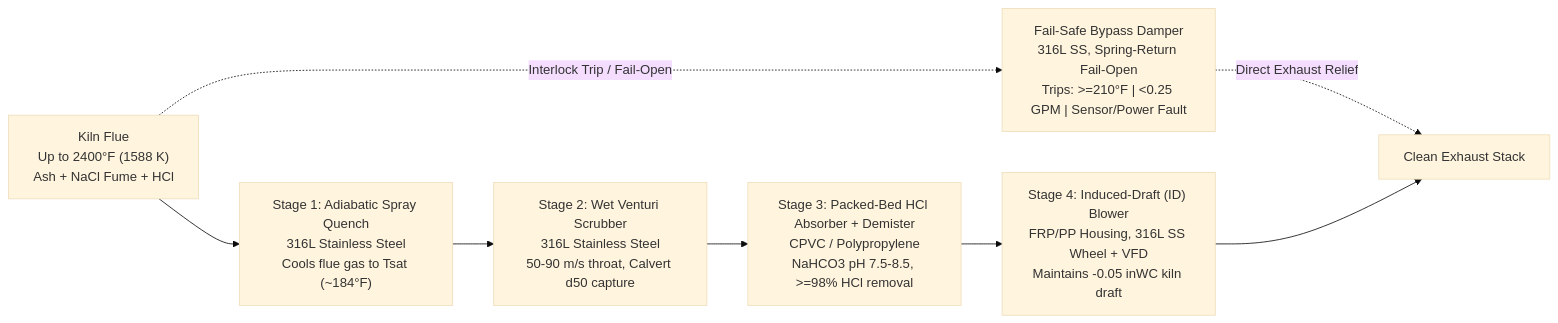
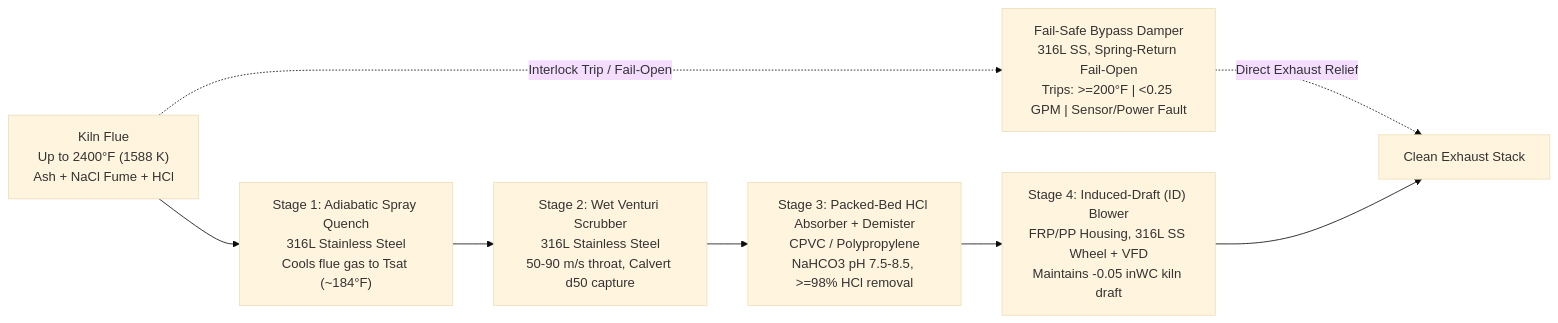
Before and after one commit to AaronFilson/kilnscrub: the diagram in README.md, drawn with Mermaid (base theme). The commit also changed other lines of this file and 91 other files, not shown here.

````diff
--- a/README.md
+++ b/README.md
@@ -40,15 +40,15 @@
 ```mermaid
 flowchart LR
     K["Kiln Flue<br/>Up to 2400°F (1588 K)<br/>Ash + NaCl Fume + HCl"]
-    BYP["Fail-Safe Bypass Damper<br/>316L SS, Spring-Return Fail-Open<br/>Trips: >=210°F | <0.25 GPM | Sensor/Power Fault"]
+    BYP["Fail-Safe Bypass Damper<br/>316L SS, Spring-Return Fail-Open<br/>Trips: >=200°F | <0.25 GPM | Sensor/Power Fault"]
     S1["Stage 1: Adiabatic Spray Quench<br/>316L Stainless Steel<br/>Cools flue gas to Tsat (~184°F)"]
     S2["Stage 2: Wet Venturi Scrubber<br/>316L Stainless Steel<br/>50-90 m/s throat, Calvert d50 capture"]
     S3["Stage 3: Packed-Bed HCl Absorber + Demister<br/>CPVC / Polypropylene<br/>NaHCO3 pH 7.5-8.5, >=98% HCl removal"]
     S4["Stage 4: Induced-Draft (ID) Blower<br/>FRP/PP Housing, 316L SS Wheel + VFD<br/>Maintains -0.05 inWC kiln draft"]
     ST["Clean Exhaust Stack"]
 
     K --> S1
     K -. "Interlock Trip / Fail-Open" .-> BYP
     BYP -. "Direct Exhaust Relief" .-> ST
     S1 --> S2 --> S3 --> S4 --> ST
 ```
````
